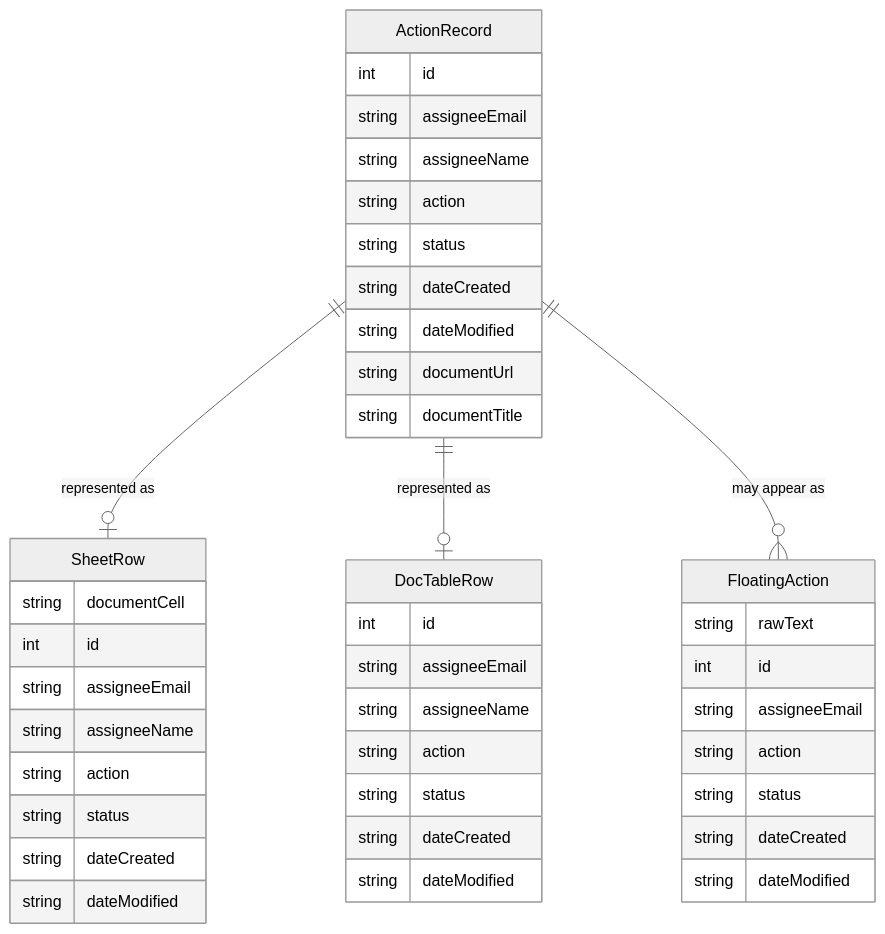
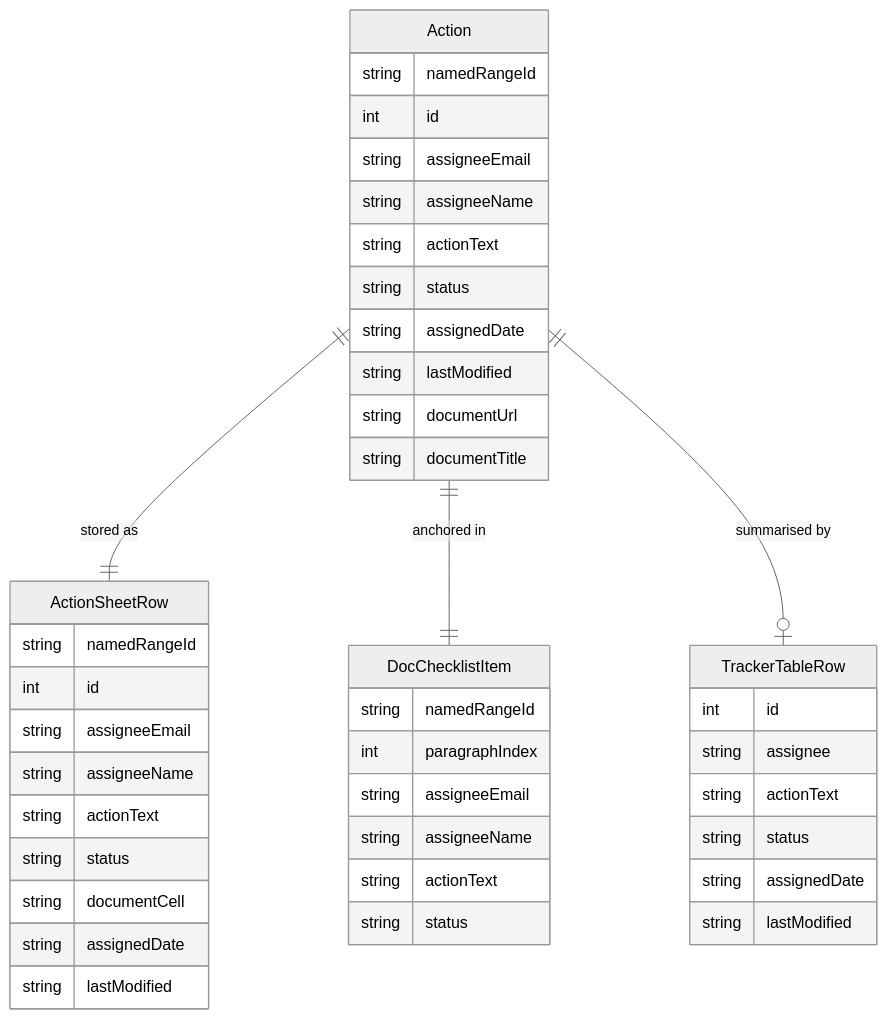
Before and after one commit to stuartdonaldson/GActionSheet: the second of 2 diagrams in docs/DESIGN.md, drawn with Mermaid (neutral theme). The commit also changed other lines of this file and 8 other files, not shown here.

````diff
--- a/docs/DESIGN.md
+++ b/docs/DESIGN.md
@@ -54,46 +87,46 @@
 ```mermaid
 erDiagram
-    ActionRecord {
+    Action {
+        string  namedRangeId
         int     id
         string  assigneeEmail
         string  assigneeName
-        string  action
+        string  actionText
         string  status
-        string  dateCreated
-        string  dateModified
+        string  assignedDate
+        string  lastModified
         string  documentUrl
         string  documentTitle
     }
-    SheetRow {
-        string  documentCell
+    ActionSheetRow {
+        string  namedRangeId
         int     id
         string  assigneeEmail
         string  assigneeName
-        string  action
+        string  actionText
         string  status
-        string  dateCreated
-        string  dateModified
+        string  documentCell
+        string  assignedDate
+        string  lastModified
     }
-    DocTableRow {
-        int     id
+    DocChecklistItem {
+        string  namedRangeId
+        int     paragraphIndex
         string  assigneeEmail
         string  assigneeName
-        string  action
+        string  actionText
         string  status
-        string  dateCreated
-        string  dateModified
     }
-    FloatingAction {
-        string  rawText
+    TrackerTableRow {
         int     id
-        string  assigneeEmail
-        string  action
+        string  assignee
+        string  actionText
         string  status
-        string  dateCreated
-        string  dateModified
+        string  assignedDate
+        string  lastModified
     }
 
-    ActionRecord ||--o| SheetRow : "represented as"
-    ActionRecord ||--o| DocTableRow : "represented as"
-    ActionRecord ||--o{ FloatingAction : "may appear as"
+    Action ||--|| ActionSheetRow : "stored as"
+    Action ||--|| DocChecklistItem : "anchored in"
+    Action ||--o| TrackerTableRow : "summarised by"
 ```
````
